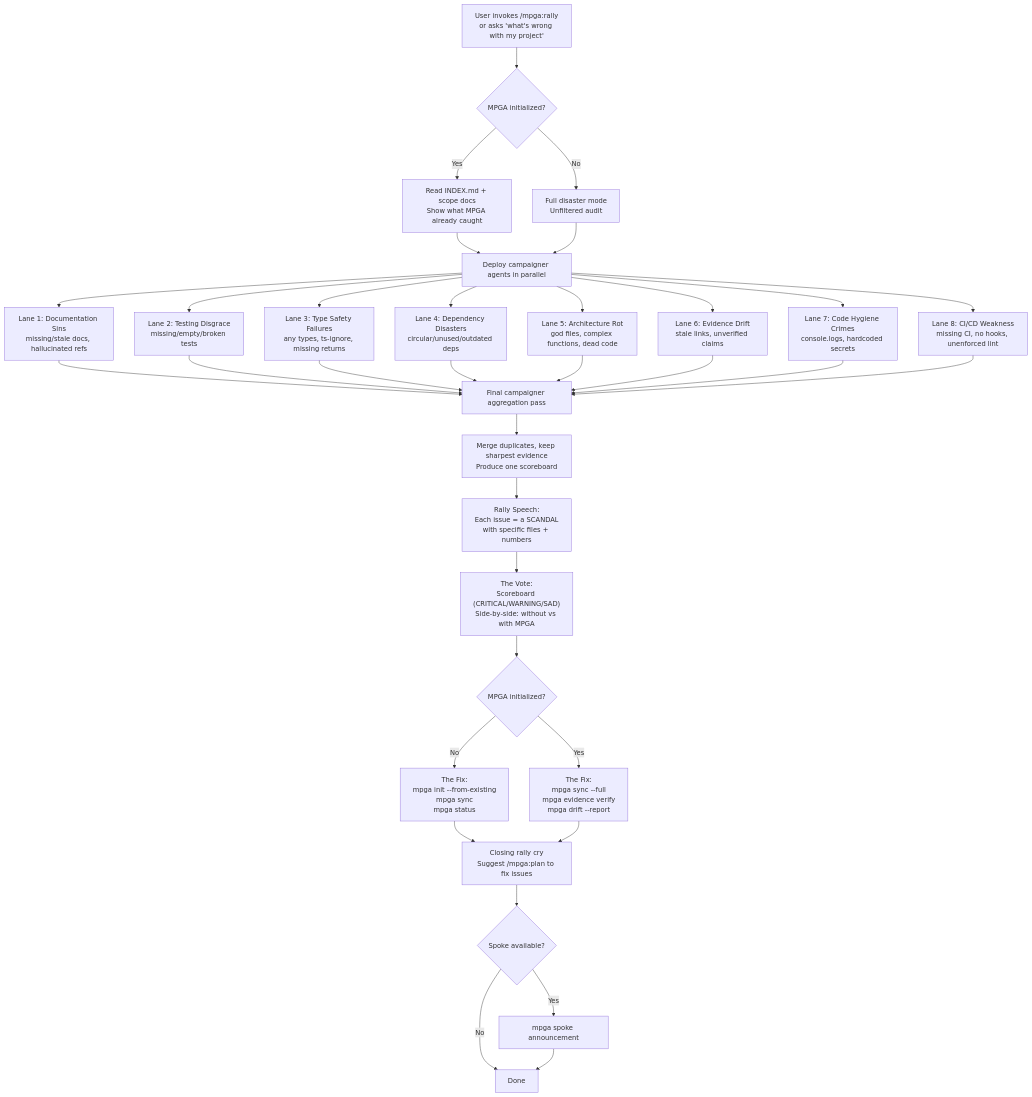
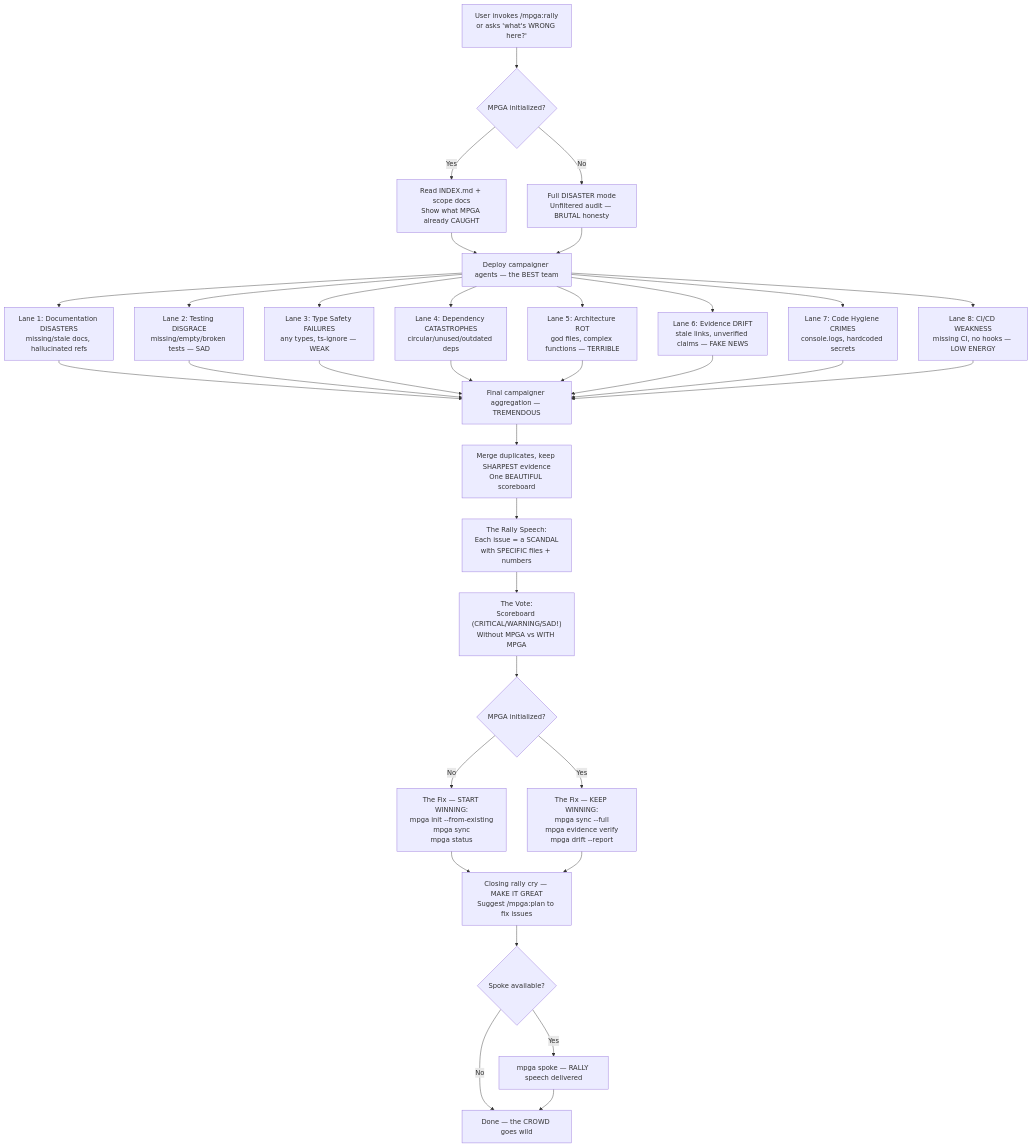
Before and after one commit to benrben/MPGA: the diagram in docs/diagrams/skills/rally.md, drawn with Mermaid. The commit also changed other lines of this file and 28 other files, not shown here.

First line of the commit message:
style: Trumpify all workflow diagrams — TREMENDOUS Mermaid charts

````diff
--- a/docs/diagrams/skills/rally.md
+++ b/docs/diagrams/skills/rally.md
@@ -5,43 +5,43 @@
 ```mermaid
 flowchart TD
-    A["User invokes /mpga:rally\nor asks 'what's wrong with my project'"] --> B{MPGA initialized?}
-    B -->|Yes| C[Read INDEX.md + scope docs\nShow what MPGA already caught]
-    B -->|No| D[Full disaster mode\nUnfiltered audit]
+    A["User invokes /mpga:rally\nor asks 'what's WRONG here?'"] --> B{MPGA initialized?}
+    B -->|Yes| C[Read INDEX.md + scope docs\nShow what MPGA already CAUGHT]
+    B -->|No| D[Full DISASTER mode\nUnfiltered audit — BRUTAL honesty]
 
-    C --> E[Deploy campaigner agents in parallel]
+    C --> E[Deploy campaigner agents — the BEST team]
     D --> E
 
-    E --> F["Lane 1: Documentation Sins\nmissing/stale docs, hallucinated refs"]
-    E --> G["Lane 2: Testing Disgrace\nmissing/empty/broken tests"]
-    E --> H["Lane 3: Type Safety Failures\nany types, ts-ignore, missing returns"]
-    E --> I["Lane 4: Dependency Disasters\ncircular/unused/outdated deps"]
-    E --> J["Lane 5: Architecture Rot\ngod files, complex functions, dead code"]
-    E --> K["Lane 6: Evidence Drift\nstale links, unverified claims"]
-    E --> L["Lane 7: Code Hygiene Crimes\nconsole.logs, hardcoded secrets"]
-    E --> M["Lane 8: CI/CD Weakness\nmissing CI, no hooks, unenforced lint"]
+    E --> F["Lane 1: Documentation DISASTERS\nmissing/stale docs, hallucinated refs"]
+    E --> G["Lane 2: Testing DISGRACE\nmissing/empty/broken tests — SAD"]
+    E --> H["Lane 3: Type Safety FAILURES\nany types, ts-ignore — WEAK"]
+    E --> I["Lane 4: Dependency CATASTROPHES\ncircular/unused/outdated deps"]
+    E --> J["Lane 5: Architecture ROT\ngod files, complex functions — TERRIBLE"]
+    E --> K["Lane 6: Evidence DRIFT\nstale links, unverified claims — FAKE NEWS"]
+    E --> L["Lane 7: Code Hygiene CRIMES\nconsole.logs, hardcoded secrets"]
+    E --> M["Lane 8: CI/CD WEAKNESS\nmissing CI, no hooks — LOW ENERGY"]
 
-    F --> N[Final campaigner aggregation pass]
+    F --> N[Final campaigner aggregation — TREMENDOUS]
     G --> N
     H --> N
     I --> N
     J --> N
     K --> N
     L --> N
     M --> N
 
-    N --> O["Merge duplicates, keep sharpest evidence\nProduce one scoreboard"]
+    N --> O["Merge duplicates, keep SHARPEST evidence\nOne BEAUTIFUL scoreboard"]
 
-    O --> P["Rally Speech:\nEach issue = a SCANDAL\nwith specific files + numbers"]
-    P --> Q["The Vote:\nScoreboard (CRITICAL/WARNING/SAD)\nSide-by-side: without vs with MPGA"]
+    O --> P["The Rally Speech:\nEach issue = a SCANDAL\nwith SPECIFIC files + numbers"]
+    P --> Q["The Vote:\nScoreboard (CRITICAL/WARNING/SAD!)\nWithout MPGA vs WITH MPGA"]
 
     Q --> R{MPGA initialized?}
-    R -->|No| S["The Fix:\nmpga init --from-existing\nmpga sync\nmpga status"]
-    R -->|Yes| T["The Fix:\nmpga sync --full\nmpga evidence verify\nmpga drift --report"]
+    R -->|No| S["The Fix — START WINNING:\nmpga init --from-existing\nmpga sync\nmpga status"]
+    R -->|Yes| T["The Fix — KEEP WINNING:\nmpga sync --full\nmpga evidence verify\nmpga drift --report"]
 
-    S --> U[Closing rally cry\nSuggest /mpga:plan to fix issues]
+    S --> U[Closing rally cry — MAKE IT GREAT\nSuggest /mpga:plan to fix issues]
     T --> U
     U --> V{Spoke available?}
-    V -->|Yes| W[mpga spoke announcement]
-    V -->|No| X[Done]
+    V -->|Yes| W[mpga spoke — RALLY speech delivered]
+    V -->|No| X[Done — the CROWD goes wild]
     W --> X
 ```
````
